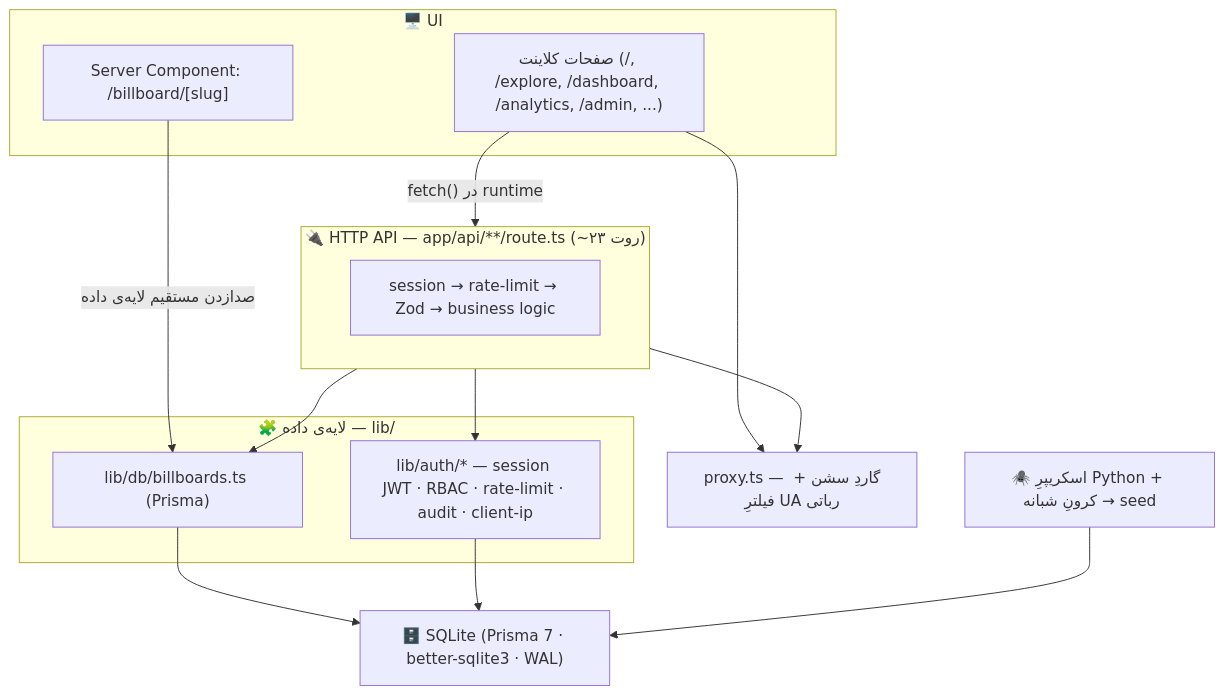
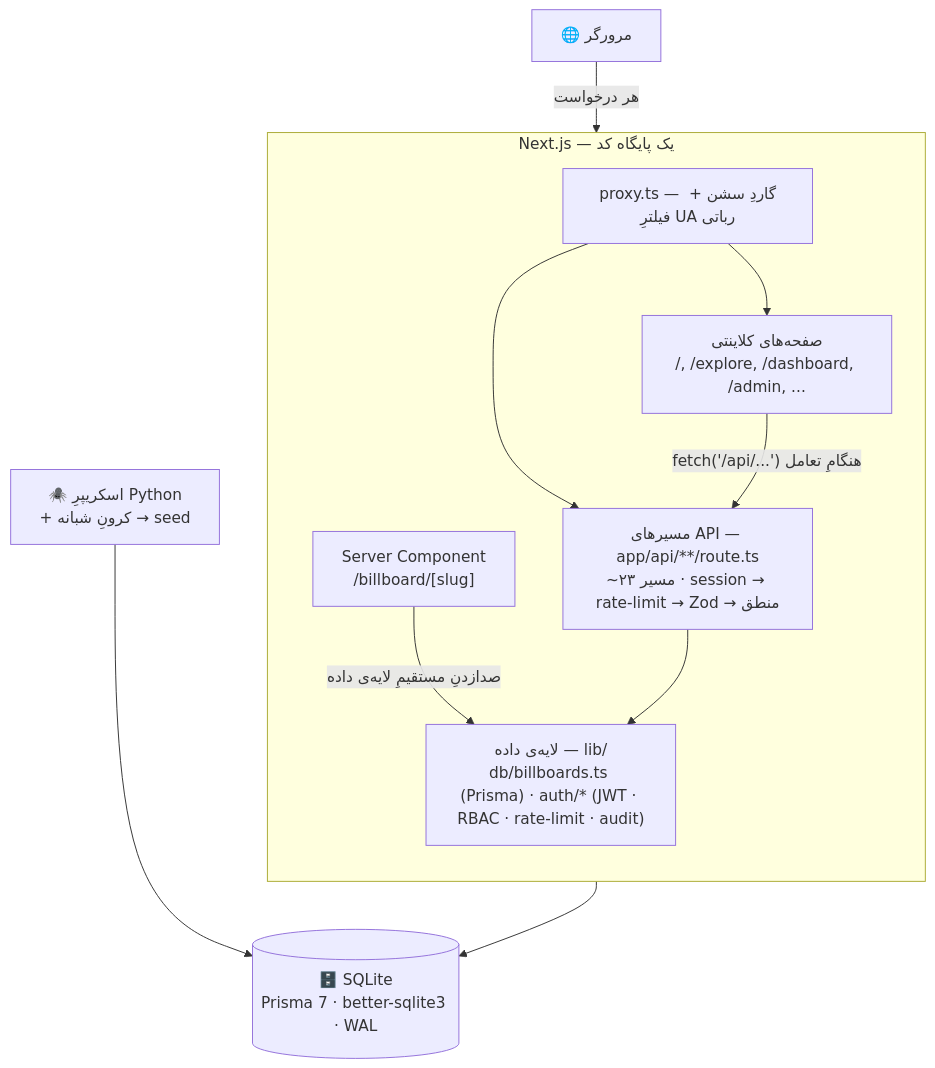
Before and after one commit to alireza-zareian/Rasamap-Repository: the diagram in README.md, drawn with Mermaid. The commit also changed other lines of this file and 7 other files, not shown here.

````diff
--- a/README.md
+++ b/README.md
@@ -101,27 +103,25 @@
 ```mermaid
 flowchart TB
-    subgraph UI["🖥️ UI"]
-        Client["صفحات کلاینت (/, /explore, /dashboard, /analytics, /admin, ...)"]
-        RSC["Server Component: /billboard/[slug]"]
+    browser["🌐 مرورگر"]
+
+    subgraph next["Next.js — یک پایگاه کد"]
+        direction TB
+        proxy["proxy.ts — گاردِ سشن + فیلترِ UA رباتی"]
+        pages["صفحه‌های کلاینتی<br/>/, /explore, /dashboard, /admin, ..."]
+        rsc["Server Component<br/>/billboard/[slug]"]
+        api["مسیرهای API — app/api/**/route.ts<br/>~۲۳ مسیر · session → rate-limit → Zod → منطق"]
+        data["لایه‌ی داده — lib/<br/>db/billboards.ts (Prisma) · auth/* (JWT · RBAC · rate-limit · audit)"]
     end
-    subgraph API["🔌 HTTP API — app/api/**/route.ts (~۲۳ روت)"]
-        Routes["session → rate-limit → Zod → business logic"]
-    end
-    MW["proxy.ts — گاردِ سشن + فیلترِ UA رباتی"]
-    subgraph DA["🧩 لایه‌ی داده — lib/"]
-        DB["lib/db/billboards.ts (Prisma)"]
-        AuthLib["lib/auth/* — session JWT · RBAC · rate-limit · audit · client-ip"]
-    end
-    STORE["🗄️ SQLite (Prisma 7 · better-sqlite3 · WAL)"]
-    SCR["🕷️ اسکریپرِ Python + کرونِ شبانه → seed"]
 
-    Client -- "fetch() در runtime" --> API
-    RSC -- "صدازدن مستقیم لایه‌ی داده" --> DB
-    Client --> MW
-    API --> MW
-    API --> DB
-    API --> AuthLib
-    DB --> STORE
-    AuthLib --> STORE
-    SCR --> STORE
+    db[("🗄️ SQLite<br/>Prisma 7 · better-sqlite3 · WAL")]
+    scraper["🕷️ اسکریپرِ Python<br/>+ کرونِ شبانه → seed"]
+
+    browser -->|"هر درخواست"| proxy
+    proxy --> pages
+    proxy --> api
+    pages -->|"fetch('/api/...') هنگامِ تعامل"| api
+    rsc -->|"صدازدنِ مستقیمِ لایه‌ی داده"| data
+    api --> data
+    data --> db
+    scraper --> db
 ```
````
